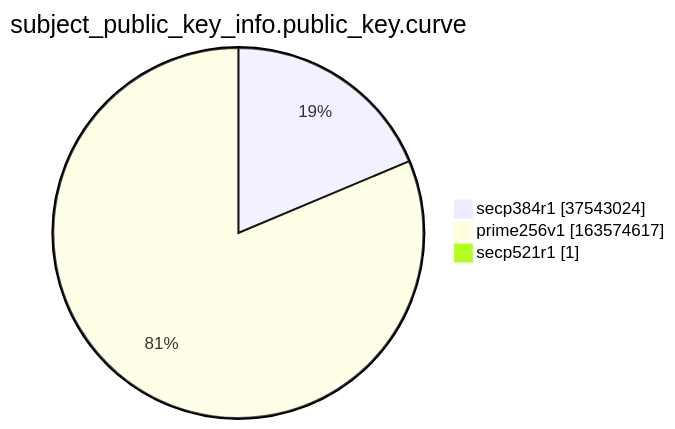
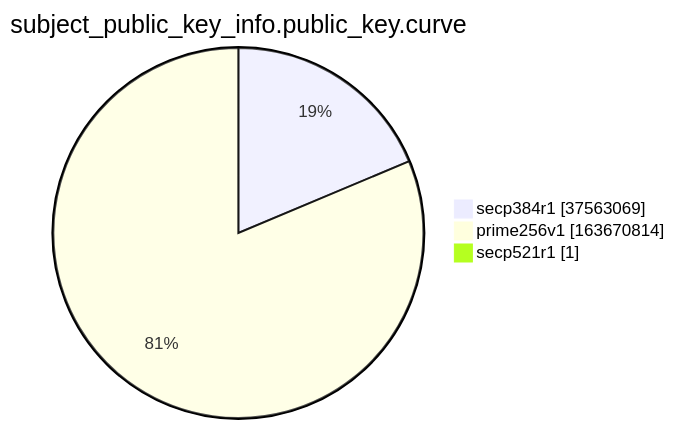
The ninth of 15 diagrams in argon2022/README.md (christiankrug/ctmonitor_visualization), drawn with Mermaid before and after one commit. The commit also changed other lines of this file, not shown here.

````diff
--- a/argon2022/README.md
+++ b/argon2022/README.md
@@ -2766,7 +2766,7 @@
 ```mermaid
 pie showData
 title subject_public_key_info.public_key.curve
-"secp384r1" :37543024
-"prime256v1" :163574617
+"secp384r1" :37563069
+"prime256v1" :163670814
 "secp521r1" :1
 ```
````
